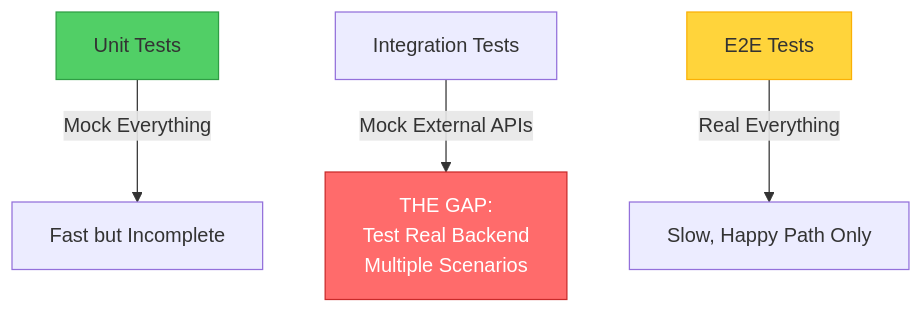
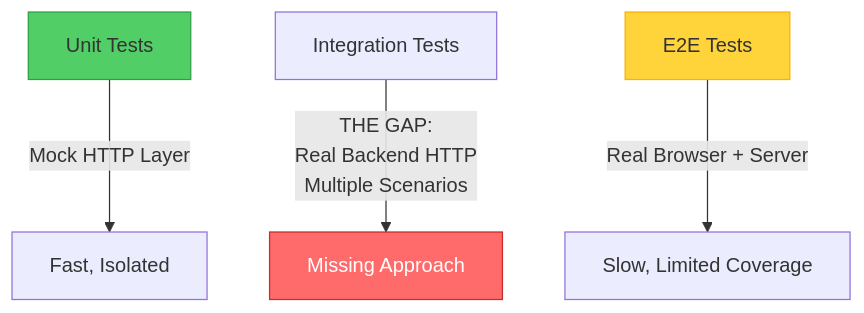
One commit to citypaul/scenarist changed the first of 2 diagrams in apps/docs/src/content/docs/introduction/why-scenarist.md. Above: the diagram before and after it, drawn with Mermaid. The commit also changed other lines of this file and 3 other files, not shown here.

````diff
--- a/apps/docs/src/content/docs/introduction/why-scenarist.md
+++ b/apps/docs/src/content/docs/introduction/why-scenarist.md
@@ -62,10 +26,10 @@
 ```mermaid
 graph TD
-    A[Unit Tests] -->|Mock Everything| B[Fast but Incomplete]
-    C[Integration Tests] -->|Mock External APIs| D["THE GAP:<br/>Test Real Backend<br/>Multiple Scenarios"]
-    E[E2E Tests] -->|Real Everything| F[Slow, Happy Path Only]
+    A[Unit Tests] -->|Mock HTTP Layer| B[Fast, Isolated]
+    C[Integration Tests] -->|"THE GAP:<br/>Real Backend HTTP<br/>Multiple Scenarios"| D[Missing Approach]
+    E[E2E Tests] -->|Real Browser + Server| F[Slow, Limited Coverage]
 
     style D fill:#ff6b6b,stroke:#c92a2a,color:#fff
     style A fill:#51cf66,stroke:#2f9e44
     style E fill:#ffd43b,stroke:#fab005
 ```
````
